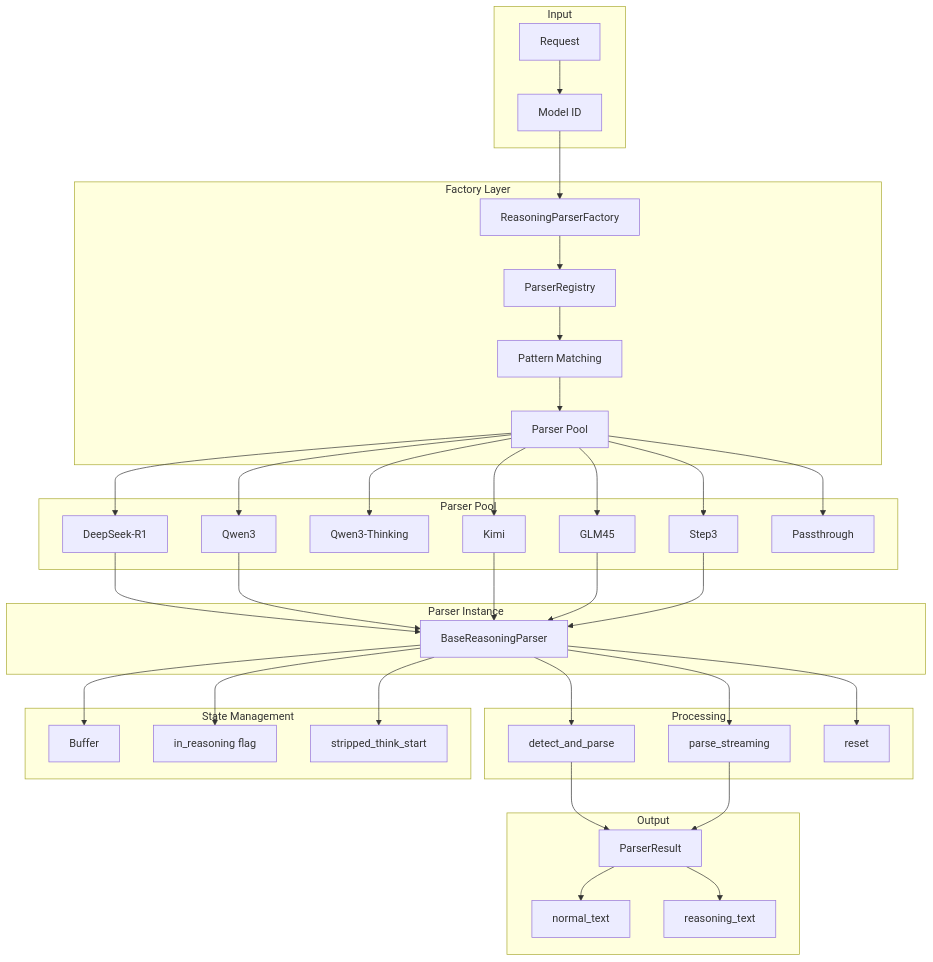
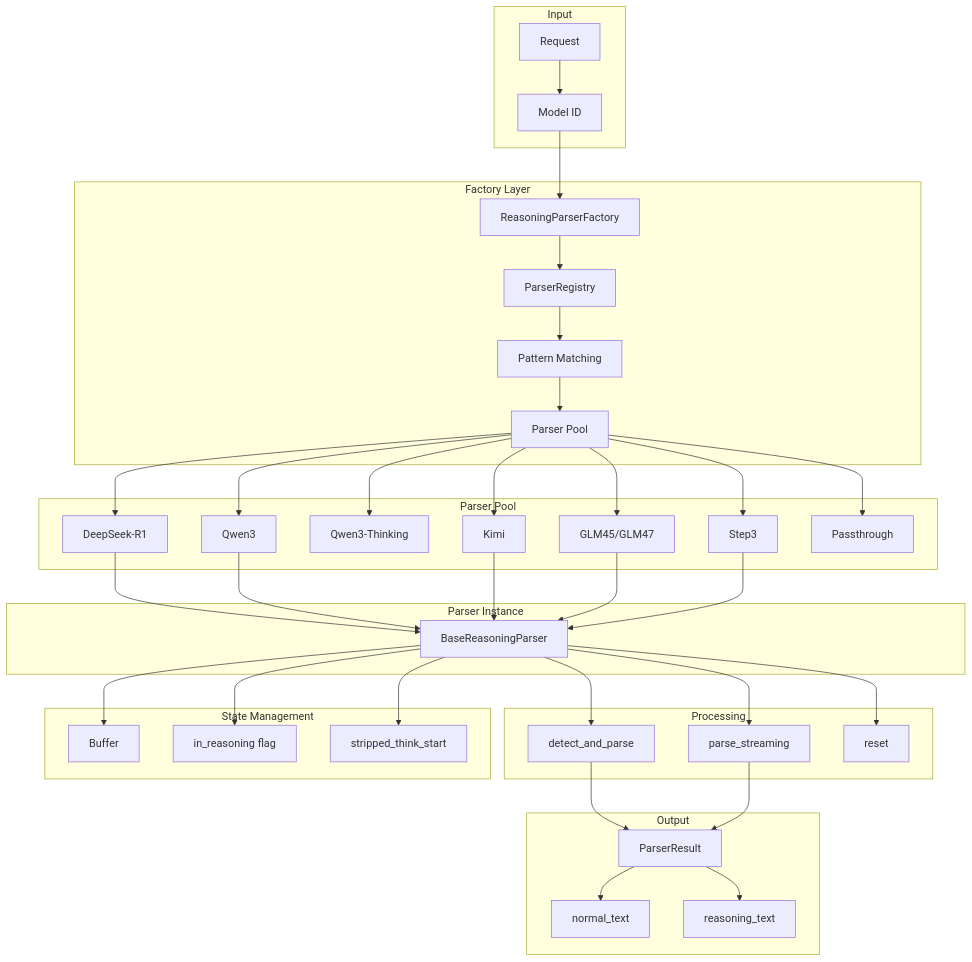
The first of 3 diagrams in sgl-model-gateway/src/reasoning_parser/README.md (xiaoshuai/sglang), drawn with Mermaid before and after one commit. The commit also changed other lines of this file and 1095 other files, not shown here.

````diff
--- a/sgl-model-gateway/src/reasoning_parser/README.md
+++ b/sgl-model-gateway/src/reasoning_parser/README.md
@@ -40,50 +40,50 @@
 ```mermaid
 graph TB
     subgraph Input
         R[Request] --> MID[Model ID]
     end
 
     subgraph Factory Layer
         MID --> PF[ReasoningParserFactory]
         PF --> REG[ParserRegistry]
         REG --> PM[Pattern Matching]
         PM --> PP[Parser Pool]
     end
 
     subgraph Parser Pool
         PP --> DS[DeepSeek-R1]
         PP --> QW[Qwen3]
         PP --> QWT[Qwen3-Thinking]
         PP --> KM[Kimi]
-        PP --> GL[GLM45]
+        PP --> GL[GLM45/GLM47]
         PP --> S3[Step3]
         PP --> PT[Passthrough]
     end
 
     subgraph Parser Instance
         DS --> BP[BaseReasoningParser]
         QW --> BP
         KM --> BP
         GL --> BP
         S3 --> BP
     end
 
     subgraph Processing
         BP --> DAP[detect_and_parse]
         BP --> PSI[parse_streaming]
         BP --> RST[reset]
     end
 
     subgraph State Management
         BP --> BUF[Buffer]
         BP --> IR[in_reasoning flag]
         BP --> STS[stripped_think_start]
     end
 
     subgraph Output
         DAP --> PR[ParserResult]
         PSI --> PR
         PR --> NT[normal_text]
         PR --> RT[reasoning_text]
     end
 ```
````
